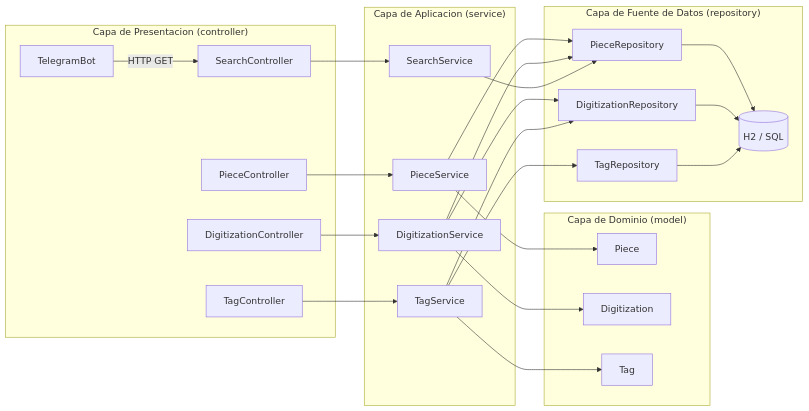
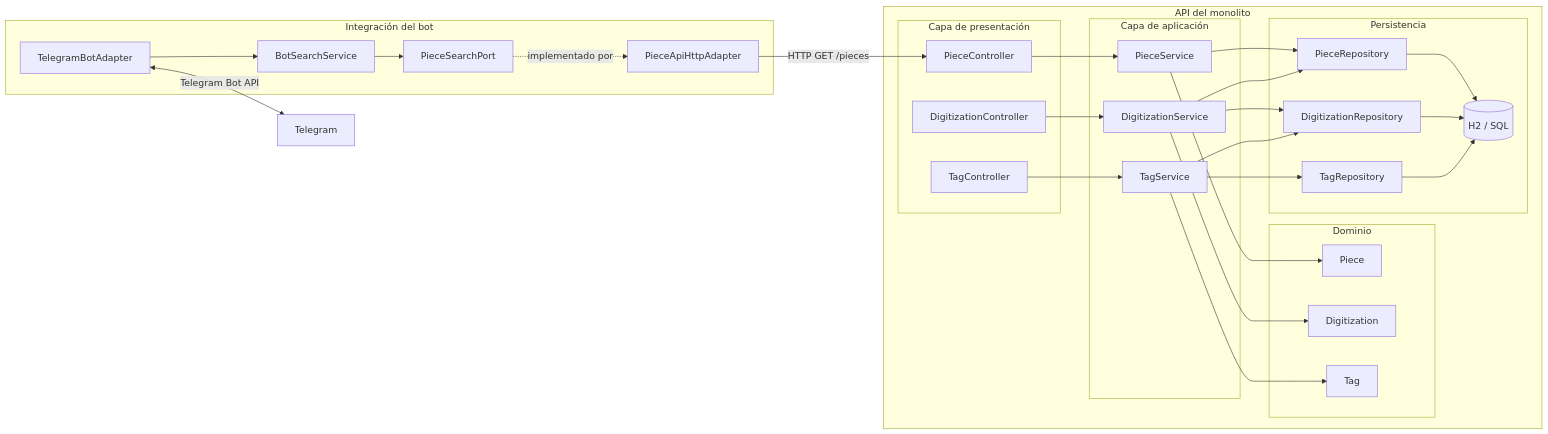
One commit to samutrejo/tp-dis-software-memoria-abierta changed the second of 2 diagrams in docs/arquitectura.md. Above: the diagram before and after it, drawn with Mermaid. The commit also changed other lines of this file and 12 other files, not shown here.

Commit message:
feat: Añadir bot de Telegram para búsqueda de piezas

````diff
--- a/docs/arquitectura.md
+++ b/docs/arquitectura.md
@@ -43,48 +54,62 @@
 ```mermaid
 flowchart LR
-    subgraph capPresentacion ["Capa de Presentacion (controller)"]
-        bot["TelegramBot"]
-        pieceCtrl["PieceController"]
-        digCtrl["DigitizationController"]
-        tagCtrl["TagController"]
-        searchCtrl["SearchController"]
+    subgraph bot ["Integración del bot"]
+        telegramAdapter["TelegramBotAdapter"]
+        botService["BotSearchService"]
+        port["PieceSearchPort"]
+        httpAdapter["PieceApiHttpAdapter"]
+
+        telegramAdapter --> botService
+        botService --> port
+        port -. "implementado por" .-> httpAdapter
     end
 
-    subgraph capService ["Capa de Aplicacion (service)"]
-        pieceSvc["PieceService"]
-        digSvc["DigitizationService"]
-        tagSvc["TagService"]
-        searchSvc["SearchService"]
+    subgraph api ["API del monolito"]
+        subgraph controllers ["Capa de presentación"]
+            pieceCtrl["PieceController"]
+            digCtrl["DigitizationController"]
+            tagCtrl["TagController"]
+        end
+
+        subgraph services ["Capa de aplicación"]
+            pieceSvc["PieceService"]
+            digSvc["DigitizationService"]
+            tagSvc["TagService"]
+        end
+
+        subgraph models ["Dominio"]
+            pieceModel["Piece"]
+            digModel["Digitization"]
+            tagModel["Tag"]
+        end
+
+        subgraph repositories ["Persistencia"]
+            pieceRepo["PieceRepository"]
+            digRepo["DigitizationRepository"]
+            tagRepo["TagRepository"]
+            h2db[("H2 / SQL")]
+        end
+
+        pieceCtrl --> pieceSvc
+        digCtrl --> digSvc
+        tagCtrl --> tagSvc
+
+        pieceSvc --> pieceModel
+        pieceSvc --> pieceRepo
+
+        digSvc --> digModel
+        digSvc --> digRepo
+        digSvc --> pieceRepo
+
+        tagSvc --> tagModel
+        tagSvc --> tagRepo
+        tagSvc --> digRepo
+
+        pieceRepo --> h2db
+        digRepo --> h2db
+        tagRepo --> h2db
     end
 
-    subgraph capDominio ["Capa de Dominio (model)"]
-        pieceModel["Piece"]
-        digModel["Digitization"]
-        tagModel["Tag"]
-    end
-
-    subgraph capDatos ["Capa de Fuente de Datos (repository)"]
-        pieceRepo["PieceRepository"]
-        digRepo["DigitizationRepository"]
-        tagRepo["TagRepository"]
-        h2db[("H2 / SQL")]
-    end
-
-    bot -->|"HTTP GET"| searchCtrl
-    pieceCtrl --> pieceSvc
-    digCtrl --> digSvc
-    tagCtrl --> tagSvc
-    searchCtrl --> searchSvc
-
-    pieceSvc --> pieceModel
-    pieceSvc --> pieceRepo
-    digSvc --> digModel
-    digSvc --> digRepo
-    digSvc --> pieceRepo
-    tagSvc --> tagModel
-    tagSvc --> tagRepo
-    tagSvc --> digRepo
-    searchSvc --> pieceRepo
-
-    pieceRepo & digRepo & tagRepo --> h2db
+    telegramAdapter <-->|"Telegram Bot API"| telegram["Telegram"]
+    httpAdapter -->|"HTTP GET /pieces"| pieceCtrl
 ```
````
